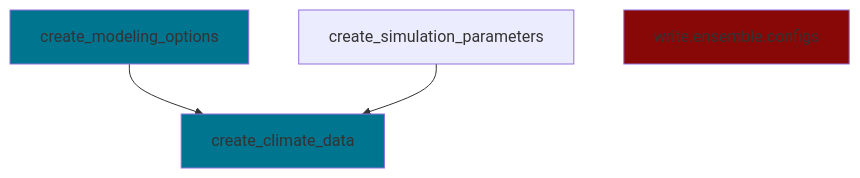
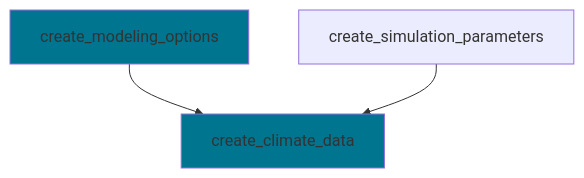
One commit to ecamo19/sureau_ecos_py changed the diagram in README.md. Above: the diagram before and after it, drawn with Mermaid.

Commit message:
Adding graph to readme

````diff
--- a/README.md
+++ b/README.md
@@ -22,16 +22,16 @@
 ```mermaid
     graph TD;
 
         create_modeling_options-->create_climate_data;
         create_simulation_parameters-->create_climate_data;
 
         %% Blue color boxes ------------------------------------------------------------------
 
         style create_climate_data fill:#00758f
         style create_modeling_options fill:#00758f
 
         %% Red color boxes ------------------------------------------------------------------------
 
-        style write.ensemble.configs fill:#880808
+        %%style write.ensemble.configs fill:#880808
 
 ```
````
